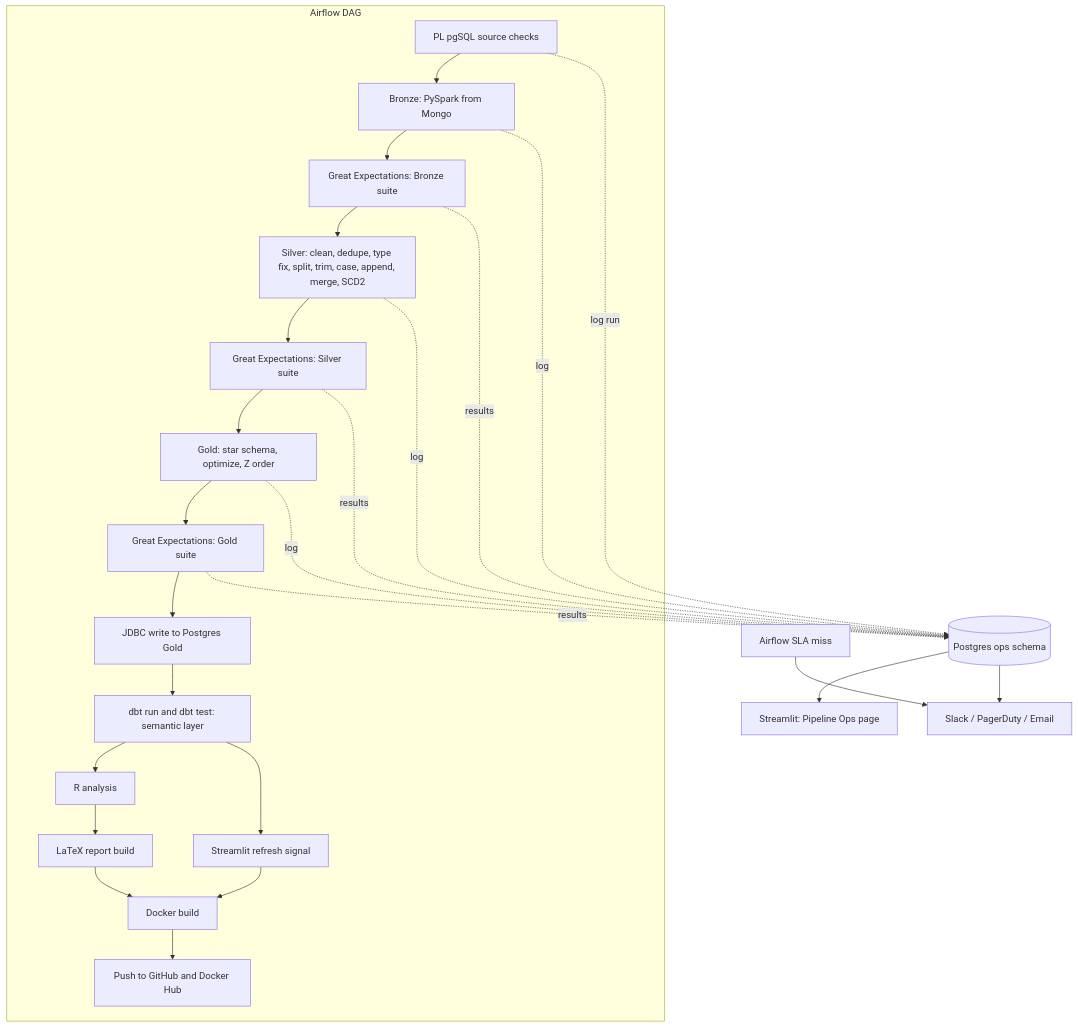
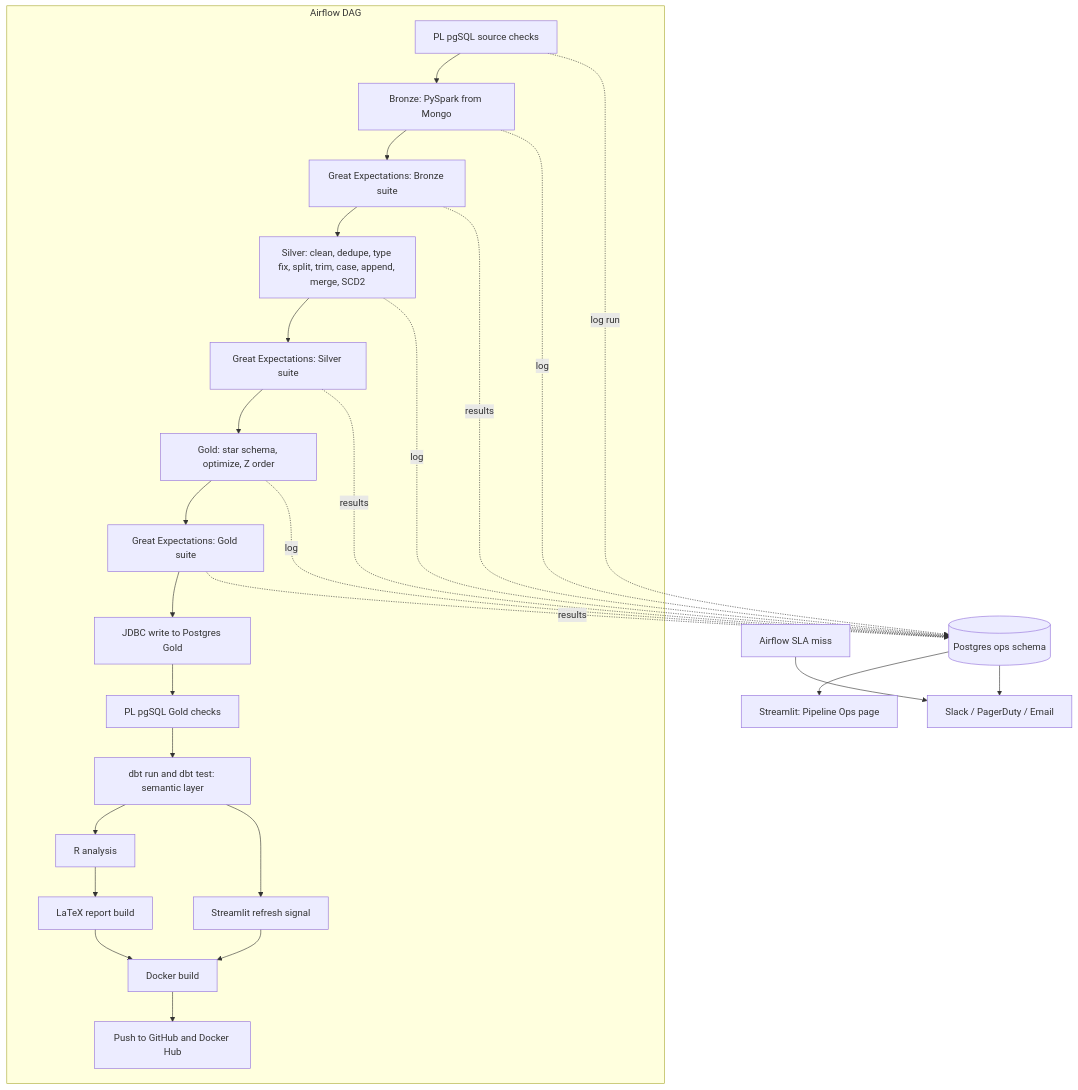
The diagram in ARCHITECTURE.md (Nitinx12/lotus-retail-lakehouse), drawn with Mermaid before and after one commit. The commit also changed other lines of this file and 2 other files, not shown here.

````diff
--- a/ARCHITECTURE.md
+++ b/ARCHITECTURE.md
@@ -18,29 +18,30 @@
 ```mermaid
 graph TD
     subgraph Airflow DAG
         A1[PL pgSQL source checks] --> A2[Bronze: PySpark from Mongo]
         A2 --> A3[Great Expectations: Bronze suite]
         A3 --> A4[Silver: clean, dedupe, type fix, split, trim, case, append, merge, SCD2]
         A4 --> A5[Great Expectations: Silver suite]
         A5 --> A6[Gold: star schema, optimize, Z order]
         A6 --> A7[Great Expectations: Gold suite]
         A7 --> A8[JDBC write to Postgres Gold]
-        A8 --> A9[dbt run and dbt test: semantic layer]
+        A8 --> A8B[PL pgSQL Gold checks]
+        A8B --> A9[dbt run and dbt test: semantic layer]
         A9 --> A10[R analysis]
         A10 --> A11[LaTeX report build]
         A9 --> A12[Streamlit refresh signal]
         A11 --> A13[Docker build]
         A12 --> A13
         A13 --> A14[Push to GitHub and Docker Hub]
     end
     A1 -.log run.-> OPS[(Postgres ops schema)]
     A2 -.log.-> OPS
     A4 -.log.-> OPS
     A6 -.log.-> OPS
     A3 -.results.-> OPS
     A5 -.results.-> OPS
     A7 -.results.-> OPS
     OPS --> MON[Streamlit: Pipeline Ops page]
     OPS --> ALERT[Slack / PagerDuty / Email]
-    A[Airflow SLA miss] --> ALERT
+    SLA[Airflow SLA miss] --> ALERT
 ```
````
